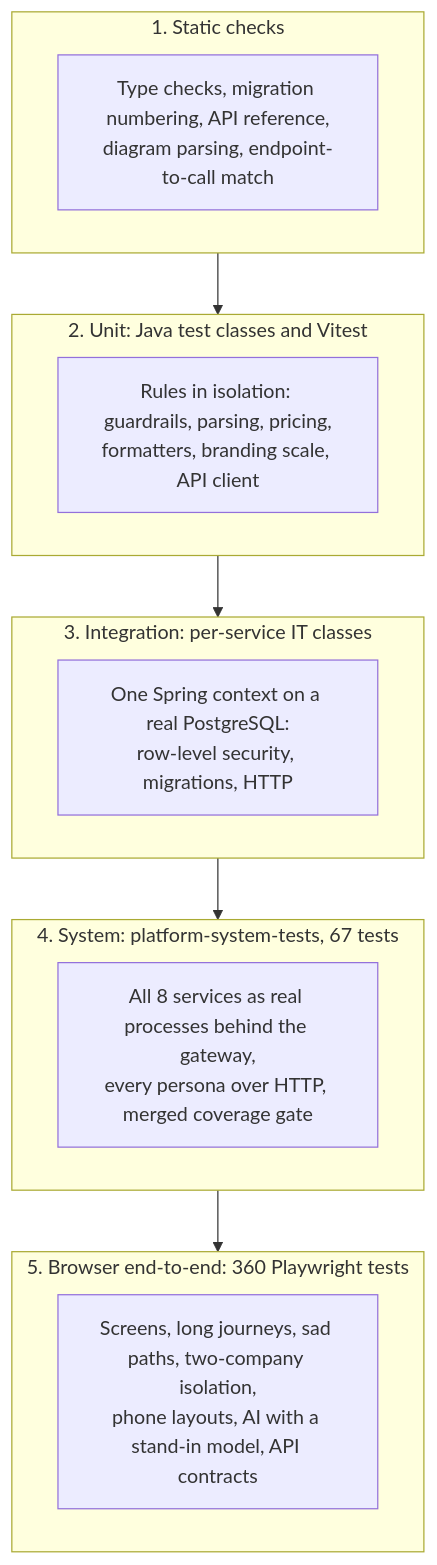
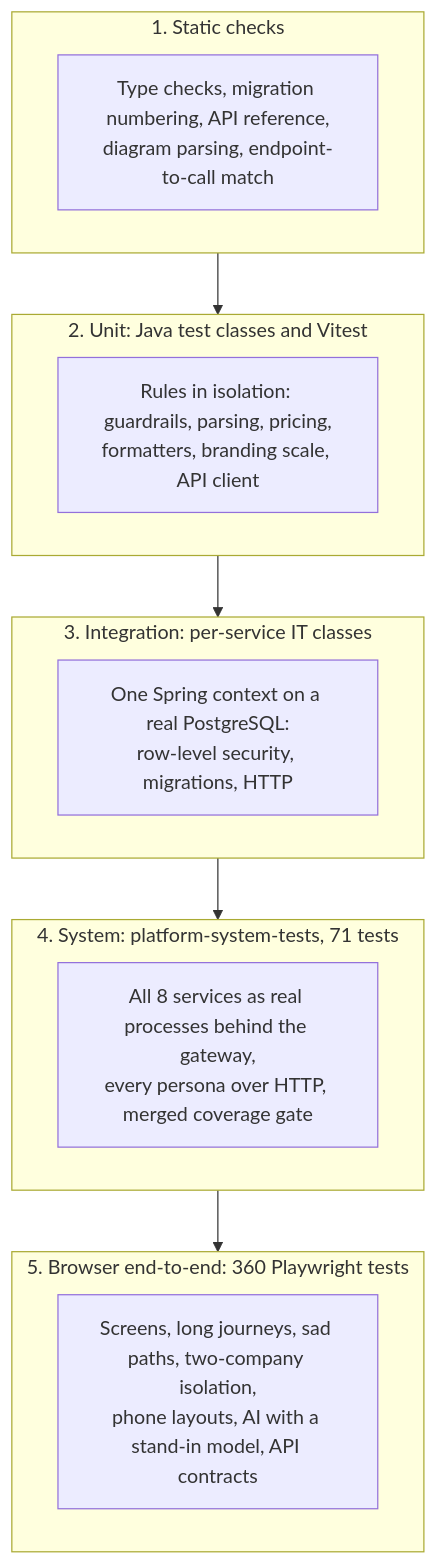
The first of 2 diagrams in docs/TESTING.md (lucky1ravi/property), drawn with Mermaid before and after one commit. The commit also changed other lines of this file and 19 other files, not shown here.

````diff
--- a/docs/TESTING.md
+++ b/docs/TESTING.md
@@ -7,19 +7,19 @@
 ```mermaid
 flowchart TB
   subgraph L5[5. Browser end-to-end: 360 Playwright tests]
     E1["Screens, long journeys, sad paths, two-company isolation,<br/>phone layouts, AI with a stand-in model, API contracts"]
   end
-  subgraph L4[4. System: platform-system-tests, 67 tests]
+  subgraph L4[4. System: platform-system-tests, 71 tests]
     E2["All 8 services as real processes behind the gateway,<br/>every persona over HTTP, merged coverage gate"]
   end
   subgraph L3[3. Integration: per-service IT classes]
     E3["One Spring context on a real PostgreSQL:<br/>row-level security, migrations, HTTP"]
   end
   subgraph L2[2. Unit: Java test classes and Vitest]
     E4["Rules in isolation: guardrails, parsing, pricing,<br/>formatters, branding scale, API client"]
   end
   subgraph L1[1. Static checks]
     E5["Type checks, migration numbering, API reference,<br/>diagram parsing, endpoint-to-call match"]
   end
   L1 --> L2 --> L3 --> L4 --> L5
 ```
````
